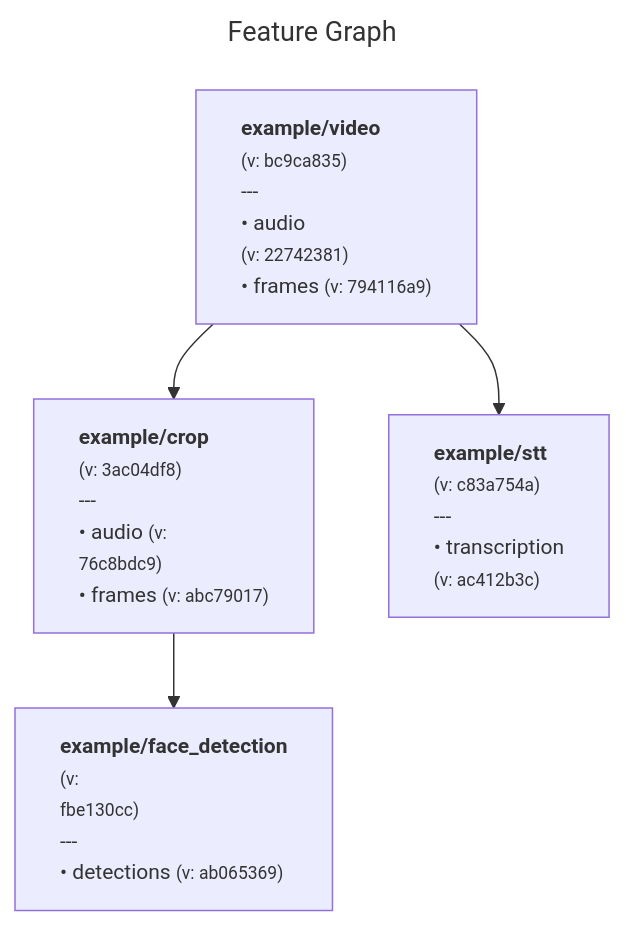
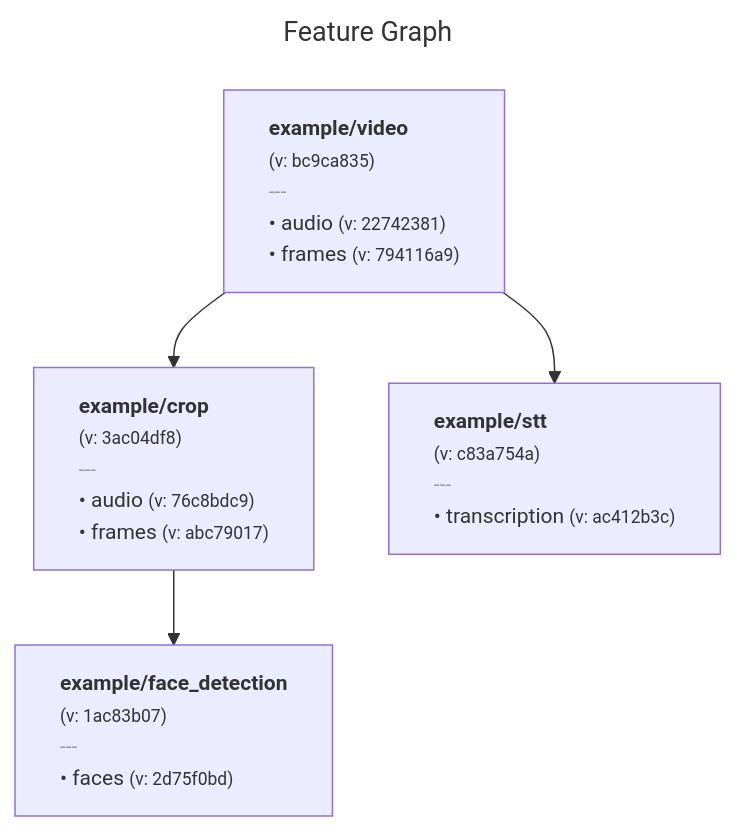
Before and after one commit to anam-org/metaxy: the first of 2 diagrams in README.md, drawn with Mermaid. The commit also changed other lines of this file and 33 other files, not shown here.

Commit message:
unify graph and graph diff rendering

````diff
--- a/README.md
+++ b/README.md
@@ -141,19 +141,19 @@
 ```mermaid
 ---
 title: Feature Graph
 ---
 flowchart TB
-    %% Snapshot version: 215d5a6d
+    %% Snapshot version: 8468950d
     %%{init: {'flowchart': {'htmlLabels': true, 'curve': 'basis'}, 'themeVariables': {'fontSize': '14px'}}}%%
-        example_video["<div style="text-align:left"><b>example/video</b><br/><small>(v: bc9ca835)</small><br/>---<br/>• audio
-<small>(v: 22742381)</small><br/>• frames <small>(v: 794116a9)</small></div>"]
-        example_crop["<div style="text-align:left"><b>example/crop</b><br/><small>(v: 3ac04df8)</small><br/>---<br/>• audio <small>(v:
-76c8bdc9)</small><br/>• frames <small>(v: abc79017)</small></div>"]
-        example_face_detection["<div style="text-align:left"><b>example/face_detection</b><br/><small>(v:
-fbe130cc)</small><br/>---<br/>• detections <small>(v: ab065369)</small></div>"]
-        example_stt["<div style="text-align:left"><b>example/stt</b><br/><small>(v: c83a754a)</small><br/>---<br/>• transcription
-<small>(v: ac412b3c)</small></div>"]
+        example_video["<div style="text-align:left"><b>example/video</b><br/><small>(v: bc9ca835)</small><br/><font
+color="#999">---</font><br/>• audio <small>(v: 22742381)</small><br/>• frames <small>(v: 794116a9)</small></div>"]
+        example_crop["<div style="text-align:left"><b>example/crop</b><br/><small>(v: 3ac04df8)</small><br/><font
+color="#999">---</font><br/>• audio <small>(v: 76c8bdc9)</small><br/>• frames <small>(v: abc79017)</small></div>"]
+        example_face_detection["<div style="text-align:left"><b>example/face_detection</b><br/><small>(v: 1ac83b07)</small><br/><font
+color="#999">---</font><br/>• faces <small>(v: 2d75f0bd)</small></div>"]
+        example_stt["<div style="text-align:left"><b>example/stt</b><br/><small>(v: c83a754a)</small><br/><font
+color="#999">---</font><br/>• transcription <small>(v: ac412b3c)</small></div>"]
         example_video --> example_crop
         example_crop --> example_face_detection
         example_video --> example_stt
 ```
````
